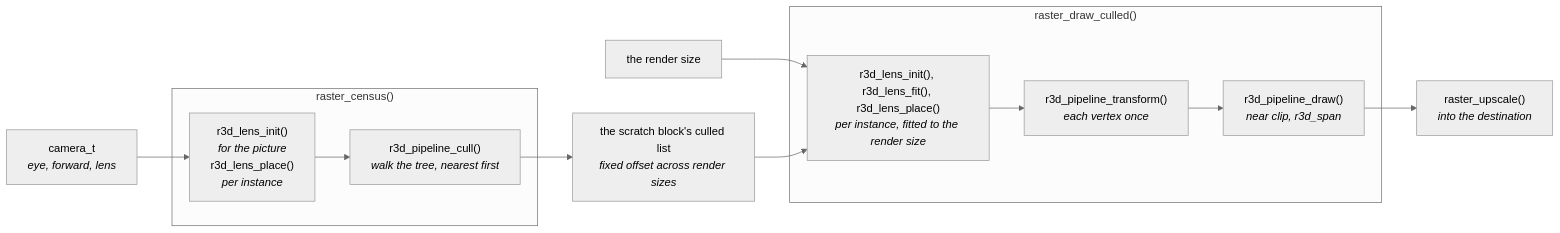
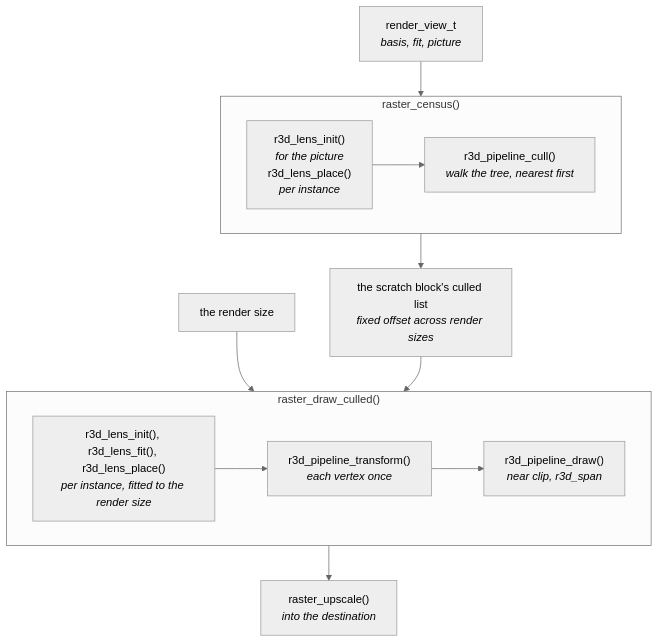
The first of 4 diagrams in docs/render/Mesh-Rendering.md (jose-villegas/autana), drawn with Mermaid (neutral theme) before and after one commit. The commit also changed other lines of this file and 35 other files, not shown here.

Commit message:
render: pass a derived view through raster frames

````diff
--- a/docs/render/Mesh-Rendering.md
+++ b/docs/render/Mesh-Rendering.md
@@ -89,16 +94,18 @@
 ```mermaid
-flowchart LR
-    Camera["camera_t<br/><i>eye, forward, lens</i>"] --> Picture
+flowchart TB
+    View["render_view_t<br/><i>basis, fit, picture</i>"] --> Census
     subgraph Census["raster_census()"]
+        direction LR
         Picture["r3d_lens_init()<br/><i>for the picture</i><br/>r3d_lens_place()<br/><i>per instance</i>"] --> Cull
         Cull["r3d_pipeline_cull()<br/><i>walk the tree, nearest first</i>"]
     end
-    Cull --> List["the scratch block's culled list<br/><i>fixed offset across render sizes</i>"]
-    Size["the render size"] --> Fit
-    List --> Fit
+    Census --> List["the scratch block's culled list<br/><i>fixed offset across render sizes</i>"]
+    Size["the render size"] --> Draw
+    List --> Draw
     subgraph Draw["raster_draw_culled()"]
+        direction LR
         Fit["r3d_lens_init(), r3d_lens_fit(), r3d_lens_place()<br/><i>per instance, fitted to the render size</i>"] --> Transform["r3d_pipeline_transform()<br/><i>each vertex once</i>"]
         Transform --> DrawStage["r3d_pipeline_draw()<br/><i>near clip, r3d_span</i>"]
     end
-    DrawStage --> Upscale["raster_upscale()<br/><i>into the destination</i>"]
+    Draw --> Upscale["raster_upscale()<br/><i>into the destination</i>"]
 ```
````
